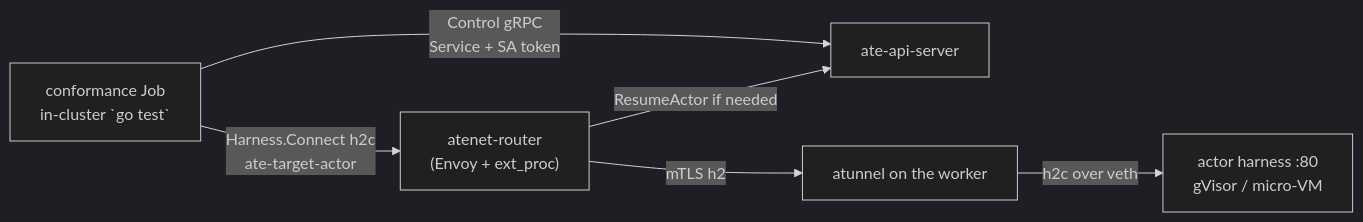
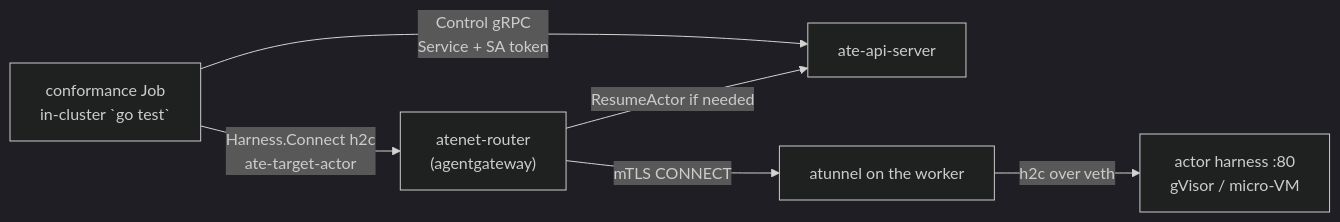
The diagram in docs/substrate-conformance.md (agent-primitives/sessions), drawn with Mermaid (dark theme) before and after one commit. The commit also changed other lines of this file and 4 other files, not shown here.

````diff
--- a/docs/substrate-conformance.md
+++ b/docs/substrate-conformance.md
@@ -873,21 +1055,22 @@
 ```mermaid
 flowchart LR
   accTitle: Conformance traffic on agent-substrate
   accDescr {
     The in-cluster conformance Job calls ate-api-server over Control gRPC with a service-account
-    token, and opens Harness.Connect over h2c to atenet-router, addressed by ate-target-actor.
-    The router resumes the actor through ate-api-server if needed, then forwards over mTLS h2 to
-    atunnel on the worker, which reaches the actor harness on port 80 over h2c on a veth pair.
+    token, and opens Harness.Connect over h2c to atenet-router (agentgateway), addressed by
+    ate-target-actor. The router resumes the actor through ate-api-server if needed, then tunnels
+    over mTLS CONNECT to atunnel on the worker, which reaches the actor harness on port 80 over h2c
+    on a veth pair.
   }
   job["conformance Job<br/>in-cluster `go test`"]
   api["ate-api-server"]
-  router["atenet-router<br/>(Envoy + ext_proc)"]
+  router["atenet-router<br/>(agentgateway)"]
   tunnel["atunnel on the worker"]
   actor["actor harness :80<br/>gVisor / micro-VM"]
 
   job -->|"Control gRPC<br/>Service + SA token"| api
   job -->|"Harness.Connect h2c<br/>ate-target-actor"| router
   router -->|"ResumeActor if needed"| api
-  router -->|"mTLS h2"| tunnel
+  router -->|"mTLS CONNECT"| tunnel
   tunnel -->|"h2c over veth"| actor
 ```
````
